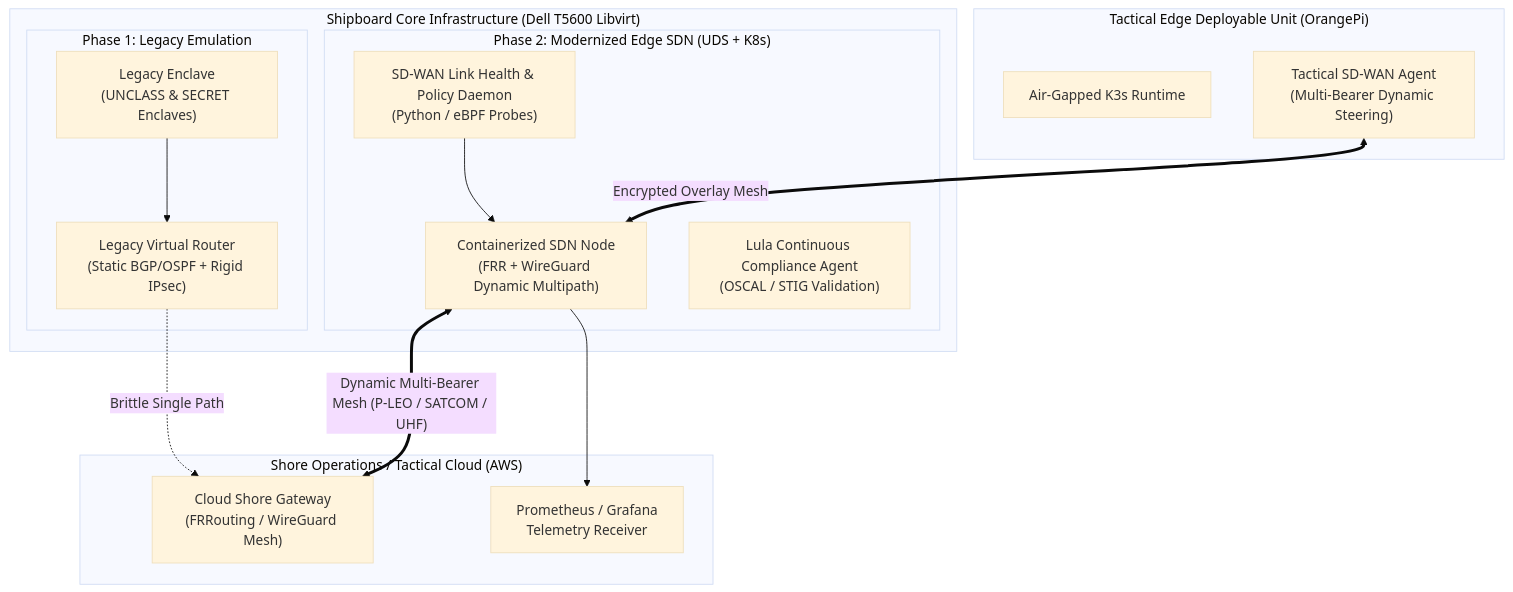
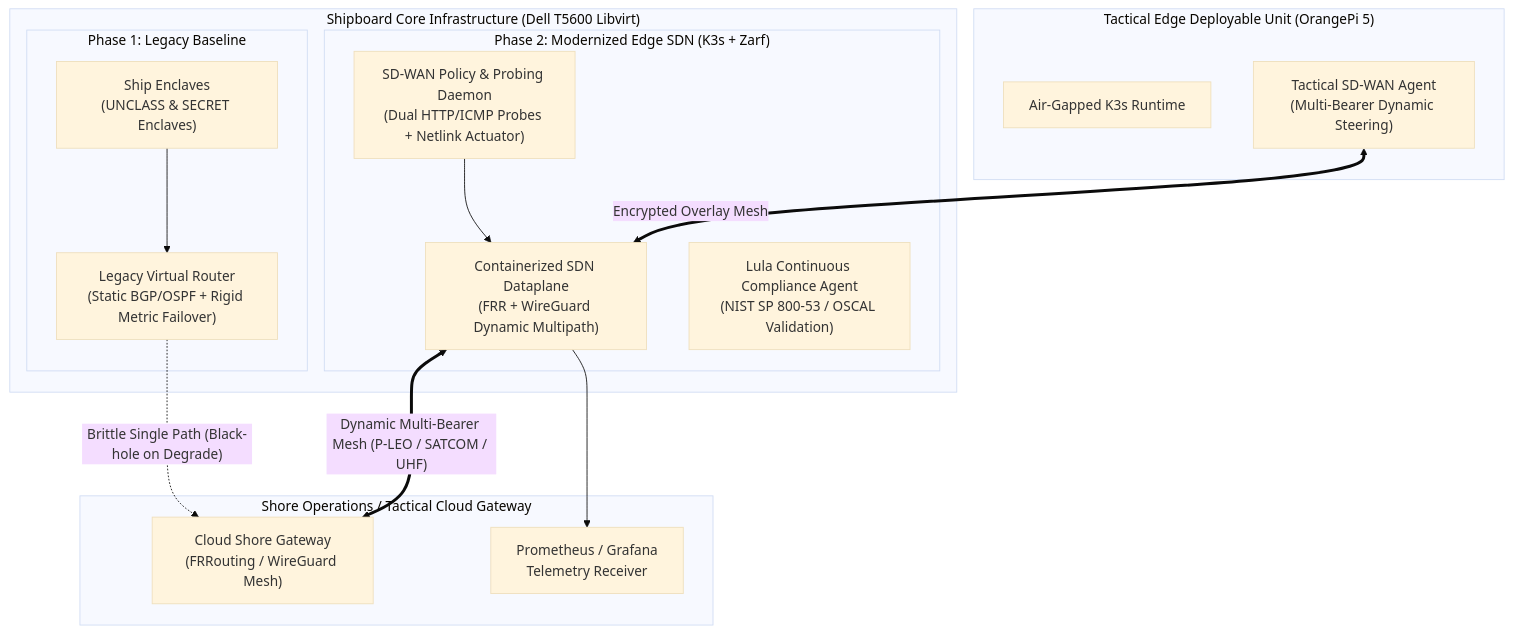
Before and after one commit to celttechie/tactical-edge-sdn: the diagram in README.md, drawn with Mermaid (base theme). The commit also changed other lines of this file and 5 other files, not shown here.

````diff
--- a/README.md
+++ b/README.md
@@ -11,34 +11,34 @@
 ```mermaid
 flowchart TD
-    subgraph ShoreCloud["Shore Operations / Tactical Cloud (AWS)"]
+    subgraph ShoreCloud["Shore Operations / Tactical Cloud Gateway"]
         AWS_GW["Cloud Shore Gateway\n(FRRouting / WireGuard Mesh)"]
         AWS_MON["Prometheus / Grafana\nTelemetry Receiver"]
     end
 
     subgraph ShipboardT5600["Shipboard Core Infrastructure (Dell T5600 Libvirt)"]
-        subgraph LegacyCANES["Phase 1: Legacy Emulation"]
-            VM_LEGACY_ROUTER["Legacy Virtual Router\n(Static BGP/OSPF + Rigid IPsec)"]
-            VM_LEGACY_ENCLAVE["Legacy Enclave\n(UNCLASS & SECRET Enclaves)"]
+        subgraph LegacyCANES["Phase 1: Legacy Baseline"]
+            VM_LEGACY_ROUTER["Legacy Virtual Router\n(Static BGP/OSPF + Rigid Metric Failover)"]
+            VM_LEGACY_ENCLAVE["Ship Enclaves\n(UNCLASS & SECRET Enclaves)"]
         end
 
-        subgraph ModernCANES["Phase 2: Modernized Edge SDN (UDS + K8s)"]
-            CNF_ROUTER["Containerized SDN Node\n(FRR + WireGuard Dynamic Multipath)"]
-            SDN_CTRL["SD-WAN Link Health & Policy Daemon\n(Python / eBPF Probes)"]
-            LULA_AUDIT["Lula Continuous Compliance Agent\n(OSCAL / STIG Validation)"]
+        subgraph ModernCANES["Phase 2: Modernized Edge SDN (K3s + Zarf)"]
+            CNF_ROUTER["Containerized SDN Dataplane\n(FRR + WireGuard Dynamic Multipath)"]
+            SDN_CTRL["SD-WAN Policy & Probing Daemon\n(Dual HTTP/ICMP Probes + Netlink Actuator)"]
+            LULA_AUDIT["Lula Continuous Compliance Agent\n(NIST SP 800-53 / OSCAL Validation)"]
         end
     end
 
-    subgraph TacticalEdge["Tactical Edge Deployable Unit (OrangePi)"]
+    subgraph TacticalEdge["Tactical Edge Deployable Unit (OrangePi 5)"]
         OPI_K3S["Air-Gapped K3s Runtime"]
         OPI_SDWAN["Tactical SD-WAN Agent\n(Multi-Bearer Dynamic Steering)"]
     end
 
     %% Network Connections
     VM_LEGACY_ENCLAVE --> VM_LEGACY_ROUTER
-    VM_LEGACY_ROUTER -.->|"Brittle Single Path"| AWS_GW
+    VM_LEGACY_ROUTER -.->|"Brittle Single Path (Black-hole on Degrade)"| AWS_GW
 
     CNF_ROUTER <==>|"Dynamic Multi-Bearer Mesh (P-LEO / SATCOM / UHF)"| AWS_GW
     SDN_CTRL --> CNF_ROUTER
     OPI_SDWAN <==>|"Encrypted Overlay Mesh"| CNF_ROUTER
     CNF_ROUTER --> AWS_MON
 ```
````
